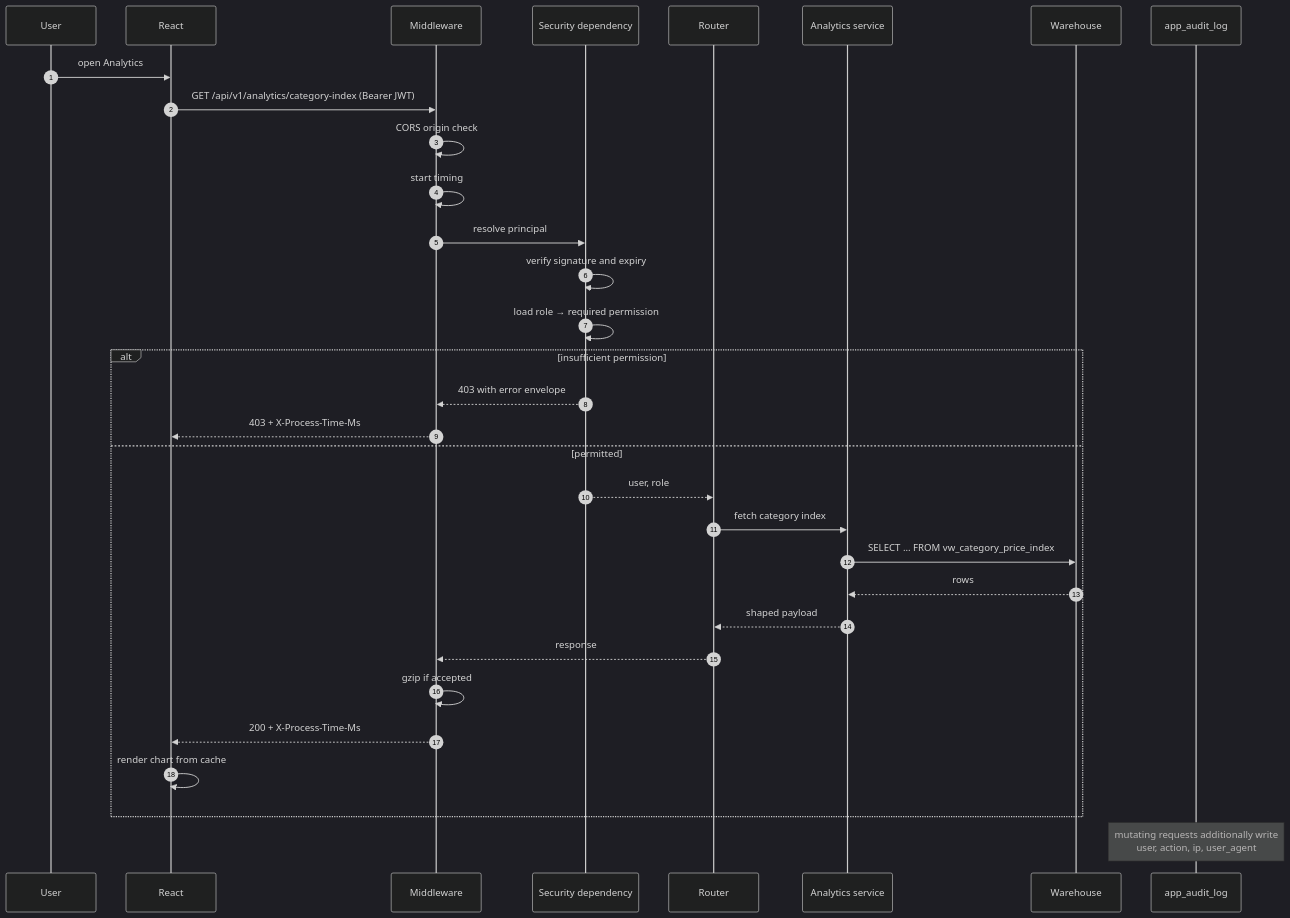
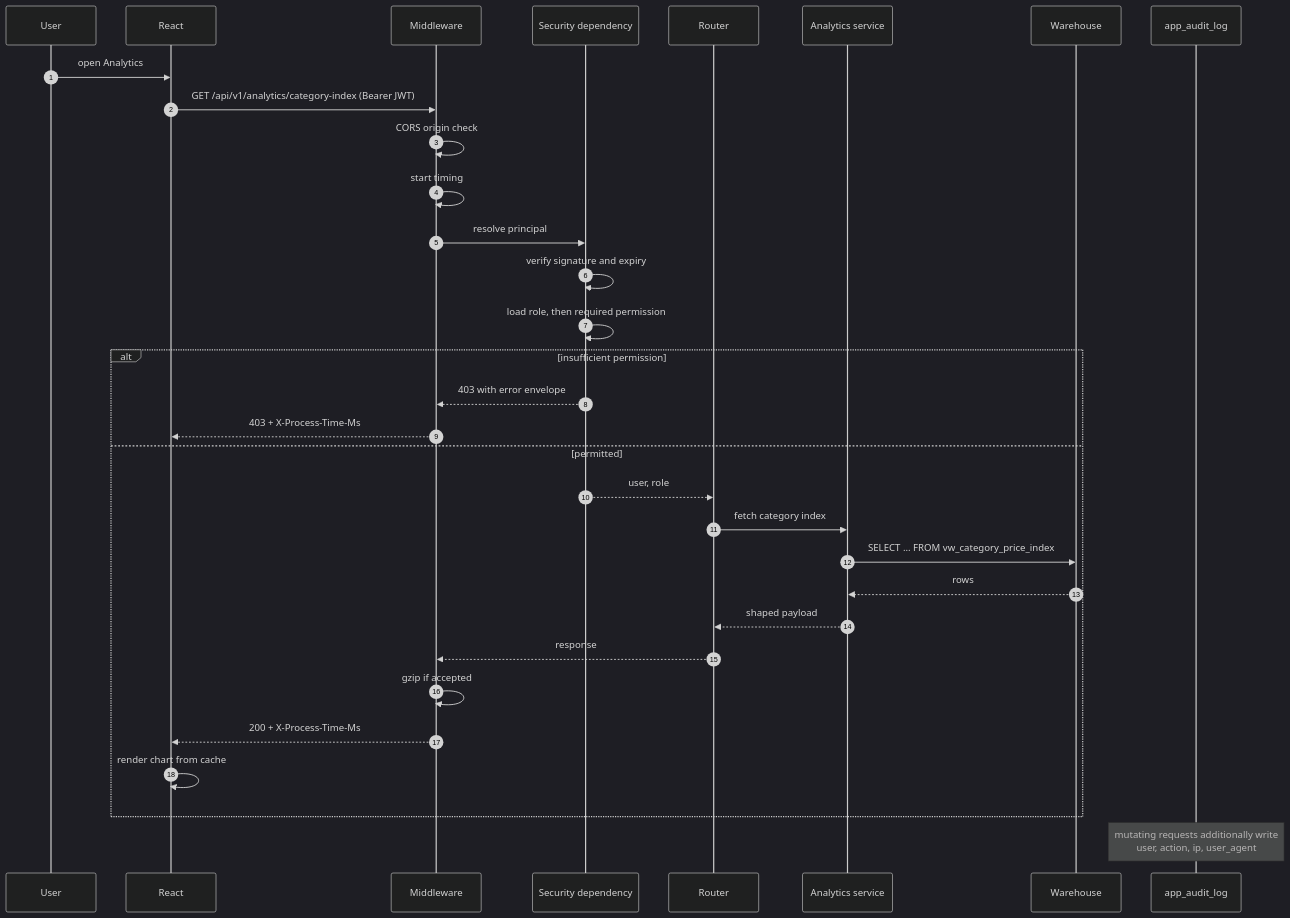
Before and after one commit to Ahmedbakr78/Web-to-Warehouse-Product-Intelligence-Pipeline: the fourth of 6 diagrams in docs/21_architecture_deep_dive.md, drawn with Mermaid (dark theme). The commit also changed 36 other files, not shown here.

````diff
--- a/docs/21_architecture_deep_dive.md
+++ b/docs/21_architecture_deep_dive.md
@@ -206,35 +206,35 @@
 ```mermaid
 sequenceDiagram
     autonumber
     participant U as User
     participant FE as React
     participant MW as Middleware
     participant AUTH as Security dependency
     participant RT as Router
     participant SVC as Analytics service
     participant DB as Warehouse
     participant AUD as app_audit_log
 
     U->>FE: open Analytics
     FE->>MW: GET /api/v1/analytics/category-index (Bearer JWT)
     MW->>MW: CORS origin check
     MW->>MW: start timing
     MW->>AUTH: resolve principal
     AUTH->>AUTH: verify signature and expiry
-    AUTH->>AUTH: load role → required permission
+    AUTH->>AUTH: load role, then required permission
     alt insufficient permission
         AUTH-->>MW: 403 with error envelope
         MW-->>FE: 403 + X-Process-Time-Ms
     else permitted
         AUTH-->>RT: user, role
         RT->>SVC: fetch category index
         SVC->>DB: SELECT ... FROM vw_category_price_index
         DB-->>SVC: rows
         SVC-->>RT: shaped payload
         RT-->>MW: response
         MW->>MW: gzip if accepted
         MW-->>FE: 200 + X-Process-Time-Ms
         FE->>FE: render chart from cache
     end
     Note over AUD: mutating requests additionally write<br/>user, action, ip, user_agent
 ```
````
